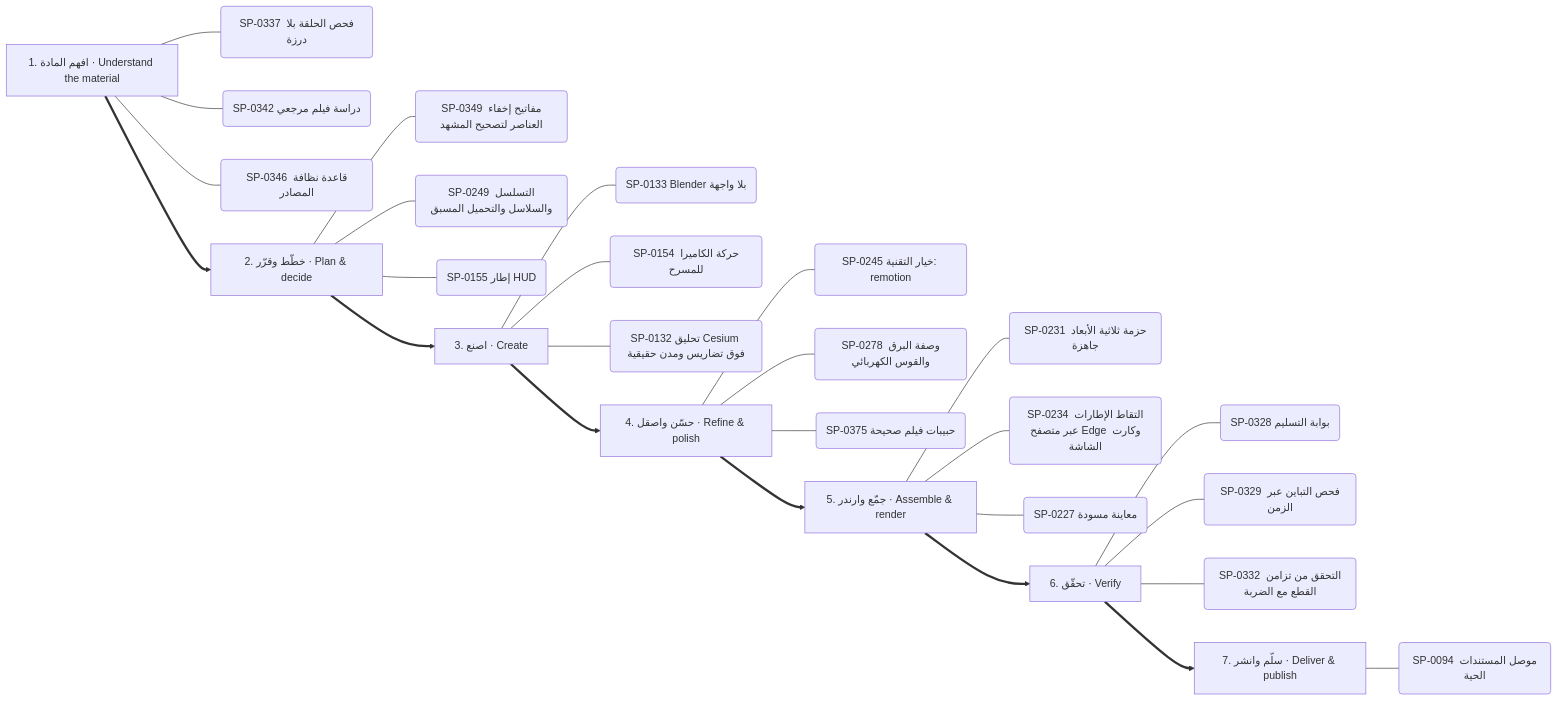
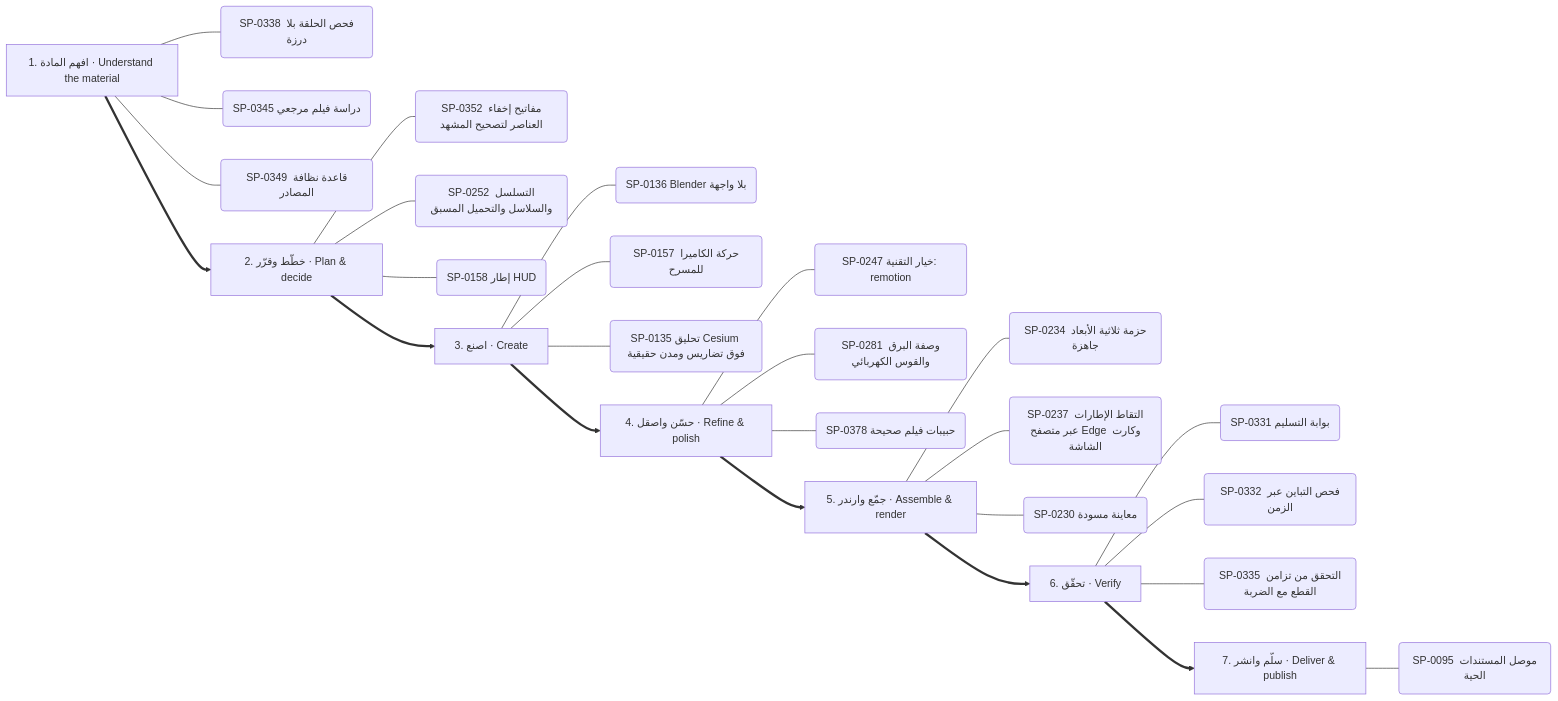
Before and after one commit to kosif199022-jpg/kosif-tool: the eighth of 13 diagrams in .claude/skills/kosif-superpowers/references/capability-mindmap.md, drawn with Mermaid. The commit also changed other lines of this file and 37 other files, not shown here.

````diff
--- a/.claude/skills/kosif-superpowers/references/capability-mindmap.md
+++ b/.claude/skills/kosif-superpowers/references/capability-mindmap.md
@@ -405,35 +406,35 @@
 ```mermaid
 flowchart LR
   S0["1. افهم المادة · Understand the material"]
-  S0 --- S0_0("SP-0337 فحص الحلقة بلا درزة")
-  S0 --- S0_1("SP-0342 دراسة فيلم مرجعي")
-  S0 --- S0_2("SP-0346 قاعدة نظافة المصادر")
+  S0 --- S0_0("SP-0338 فحص الحلقة بلا درزة")
+  S0 --- S0_1("SP-0345 دراسة فيلم مرجعي")
+  S0 --- S0_2("SP-0349 قاعدة نظافة المصادر")
   S1["2. خطّط وقرّر · Plan & decide"]
-  S1 --- S1_0("SP-0349 مفاتيح إخفاء العناصر لتصحيح المشهد")
-  S1 --- S1_1("SP-0249 التسلسل والسلاسل والتحميل المسبق")
-  S1 --- S1_2("SP-0155 إطار HUD")
+  S1 --- S1_0("SP-0352 مفاتيح إخفاء العناصر لتصحيح المشهد")
+  S1 --- S1_1("SP-0252 التسلسل والسلاسل والتحميل المسبق")
+  S1 --- S1_2("SP-0158 إطار HUD")
   S0 ==> S1
   S2["3. اصنع · Create"]
-  S2 --- S2_0("SP-0133 Blender بلا واجهة")
-  S2 --- S2_1("SP-0154 حركة الكاميرا للمسرح")
-  S2 --- S2_2("SP-0132 تحليق Cesium فوق تضاريس ومدن حقيقية")
+  S2 --- S2_0("SP-0136 Blender بلا واجهة")
+  S2 --- S2_1("SP-0157 حركة الكاميرا للمسرح")
+  S2 --- S2_2("SP-0135 تحليق Cesium فوق تضاريس ومدن حقيقية")
   S1 ==> S2
   S3["4. حسّن واصقل · Refine & polish"]
-  S3 --- S3_0("SP-0245 خيار التقنية: remotion")
-  S3 --- S3_1("SP-0278 وصفة البرق والقوس الكهربائي")
-  S3 --- S3_2("SP-0375 حبيبات فيلم صحيحة")
+  S3 --- S3_0("SP-0247 خيار التقنية: remotion")
+  S3 --- S3_1("SP-0281 وصفة البرق والقوس الكهربائي")
+  S3 --- S3_2("SP-0378 حبيبات فيلم صحيحة")
   S2 ==> S3
   S4["5. جمّع وارندر · Assemble & render"]
-  S4 --- S4_0("SP-0231 حزمة ثلاثية الأبعاد جاهزة")
-  S4 --- S4_1("SP-0234 التقاط الإطارات عبر متصفح Edge وكارت الشاشة")
-  S4 --- S4_2("SP-0227 معاينة مسودة")
+  S4 --- S4_0("SP-0234 حزمة ثلاثية الأبعاد جاهزة")
+  S4 --- S4_1("SP-0237 التقاط الإطارات عبر متصفح Edge وكارت الشاشة")
+  S4 --- S4_2("SP-0230 معاينة مسودة")
   S3 ==> S4
   S5["6. تحقّق · Verify"]
-  S5 --- S5_0("SP-0328 بوابة التسليم")
-  S5 --- S5_1("SP-0329 فحص التباين عبر الزمن")
-  S5 --- S5_2("SP-0332 التحقق من تزامن القطع مع الضربة")
+  S5 --- S5_0("SP-0331 بوابة التسليم")
+  S5 --- S5_1("SP-0332 فحص التباين عبر الزمن")
+  S5 --- S5_2("SP-0335 التحقق من تزامن القطع مع الضربة")
   S4 ==> S5
   S6["7. سلّم وانشر · Deliver & publish"]
-  S6 --- S6_0("SP-0094 موصل المستندات الحية")
+  S6 --- S6_0("SP-0095 موصل المستندات الحية")
   S5 ==> S6
 ```
````
